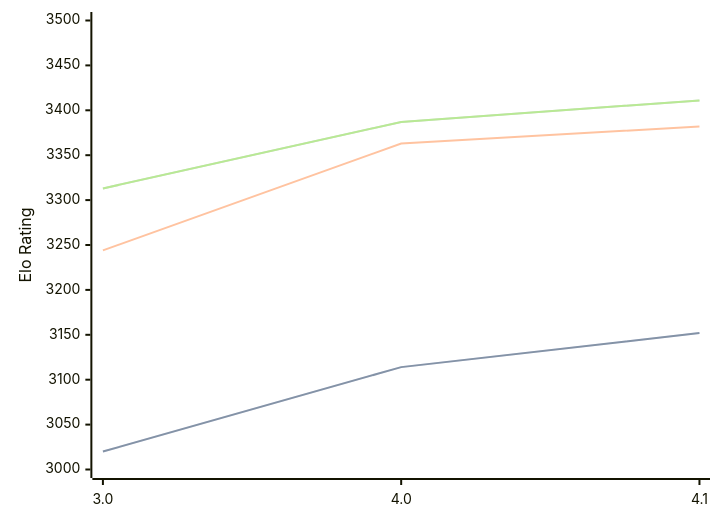
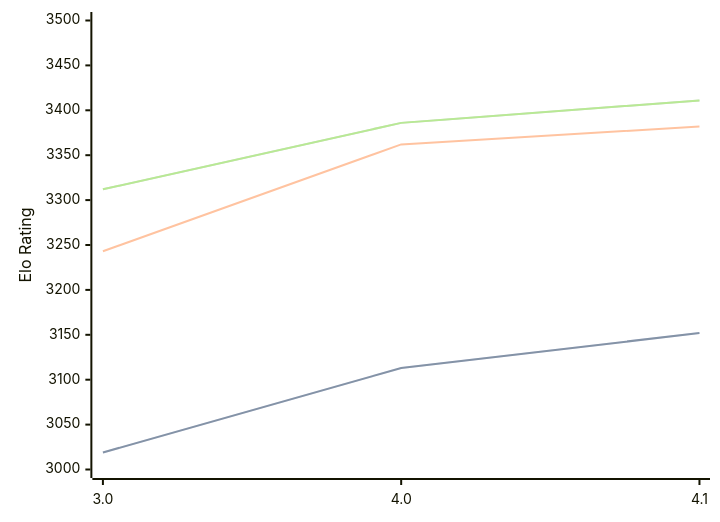
The first of 3 diagrams in engines/Eleanor.md (computer-chess-index/cci), drawn with Mermaid before and after one commit. The commit also changed other lines of this file, not shown here.

Commit message:
Update CCI Ratings (ELO VLTC) - 2026-07-15

````diff
--- a/engines/Eleanor.md
+++ b/engines/Eleanor.md
@@ -35,11 +35,11 @@
 ```mermaid
 %%{init: {"theme":"base","themeVariables":{"seriesColors:['#a3a3a3','#222221','#faa371']}}}%%
 xychart-beta
   x-axis ["3.0", "4.0", "4.1"]
   y-axis "Elo Rating" 3000 --> 3500
-  line "STC (8.0+0.08s)" [3020, 3114, 3152]
-  line "STC (8.0+0.08s)" [3020, 3114, 3152]
-  line "LTC (60.0+0.60s)" [3244, 3363, 3382]
-  line "VLTC (2m24s+1.12s)" [3313, 3387, 3411]
-  line "VLTC (2m24s+1.12s)" [3313, 3387, 3411]
+  line "STC (8.0+0.08s)" [3019, 3113, 3152]
+  line "STC (8.0+0.08s)" [3019, 3113, 3152]
+  line "LTC (60.0+0.60s)" [3243, 3362, 3382]
+  line "VLTC (2m24s+1.12s)" [3312, 3386, 3411]
+  line "VLTC (2m24s+1.12s)" [3312, 3386, 3411]
 ```
````
